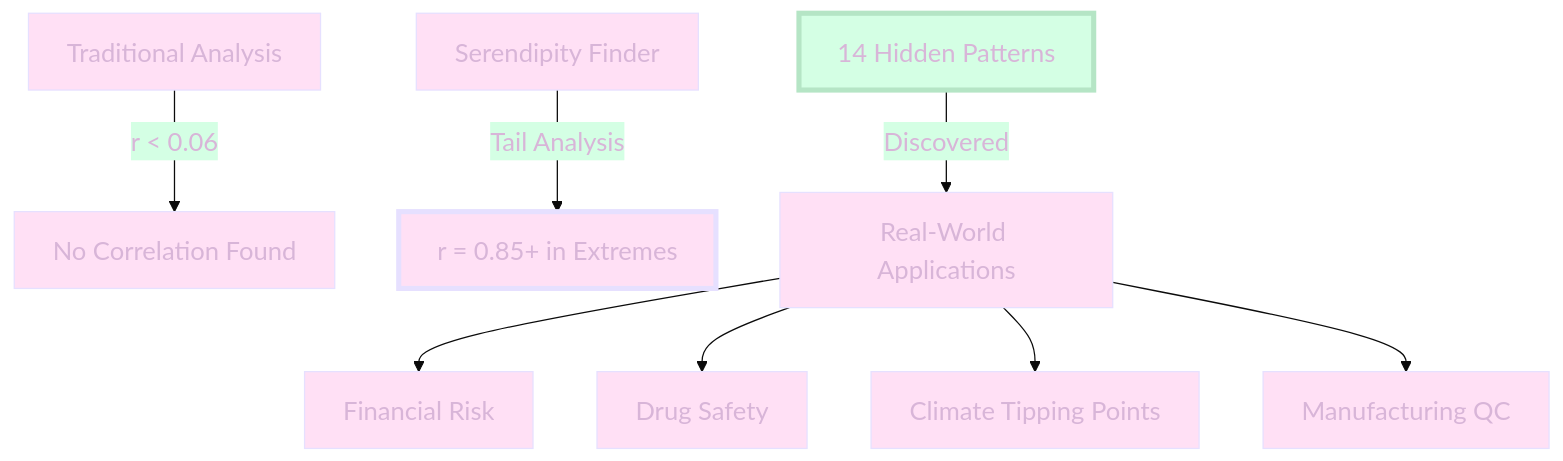
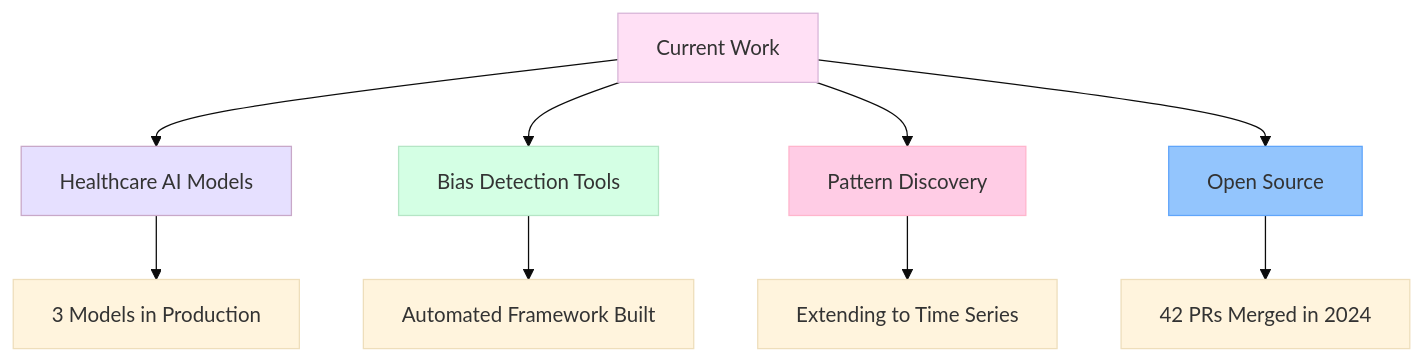
One commit to Cazzy-Aporbo/Cazzy-Aporbo changed the eighth of 8 diagrams in README.md. Above: the diagram before and after it, drawn with Mermaid. The commit also changed other lines of this file, not shown here.

````diff
--- a/README.md
+++ b/README.md
@@ -997,13 +806,19 @@
 ```mermaid
-%%{init: {'theme': 'base', 'themeVariables': {'primaryColor': '#FFE0F5', 'primaryBorderColor': '#E6E0FF', 'secondaryColor': '#D4FFE4', 'tertiaryColor': '#FFE5CC', 'primaryTextColor': '#D8B5D8', 'fontSize': '20px'}}}%%
+%%{init: {'theme': 'base'}}%%
 graph TD
-    A[Traditional Analysis] -->|r < 0.06| B[No Correlation Found]
-    C[Serendipity Finder] -->|Tail Analysis| D[r = 0.85+ in Extremes]
-    E[14 Hidden Patterns] -->|Discovered| F[Real-World Applications]
-    F --> G[Financial Risk]
-    F --> H[Drug Safety]
-    F --> I[Climate Tipping Points]
-    F --> J[Manufacturing QC]
-    style D fill:#FFE0F5,stroke:#E6E0FF,stroke-width:4px
-    style E fill:#D4FFE4,stroke:#B5E5C5,stroke-width:4px
+    A[Current Work] --> B[Healthcare AI Models]
+    A --> C[Bias Detection Tools]
+    A --> D[Pattern Discovery]
+    A --> E[Open Source]
+    
+    B --> F[3 Models in Production]
+    C --> G[Automated Framework Built]
+    D --> H[Extending to Time Series]
+    E --> I[42 PRs Merged in 2024]
+    
+    style A fill:#FFE0F5,stroke:#D8B5D8
+    style B fill:#E6E0FF,stroke:#C8A8C8
+    style C fill:#D4FFE4,stroke:#B5E5C5
+    style D fill:#FFCCE5,stroke:#FFB5CC
+    style E fill:#93C5FD,stroke:#60A5FA
 ```
````
